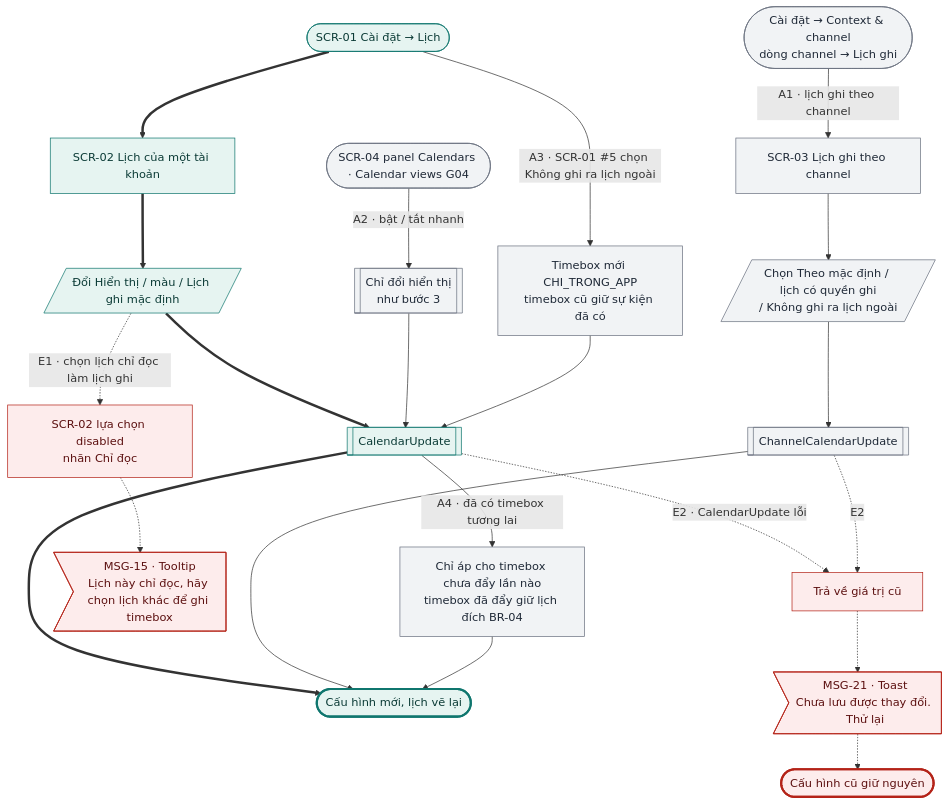
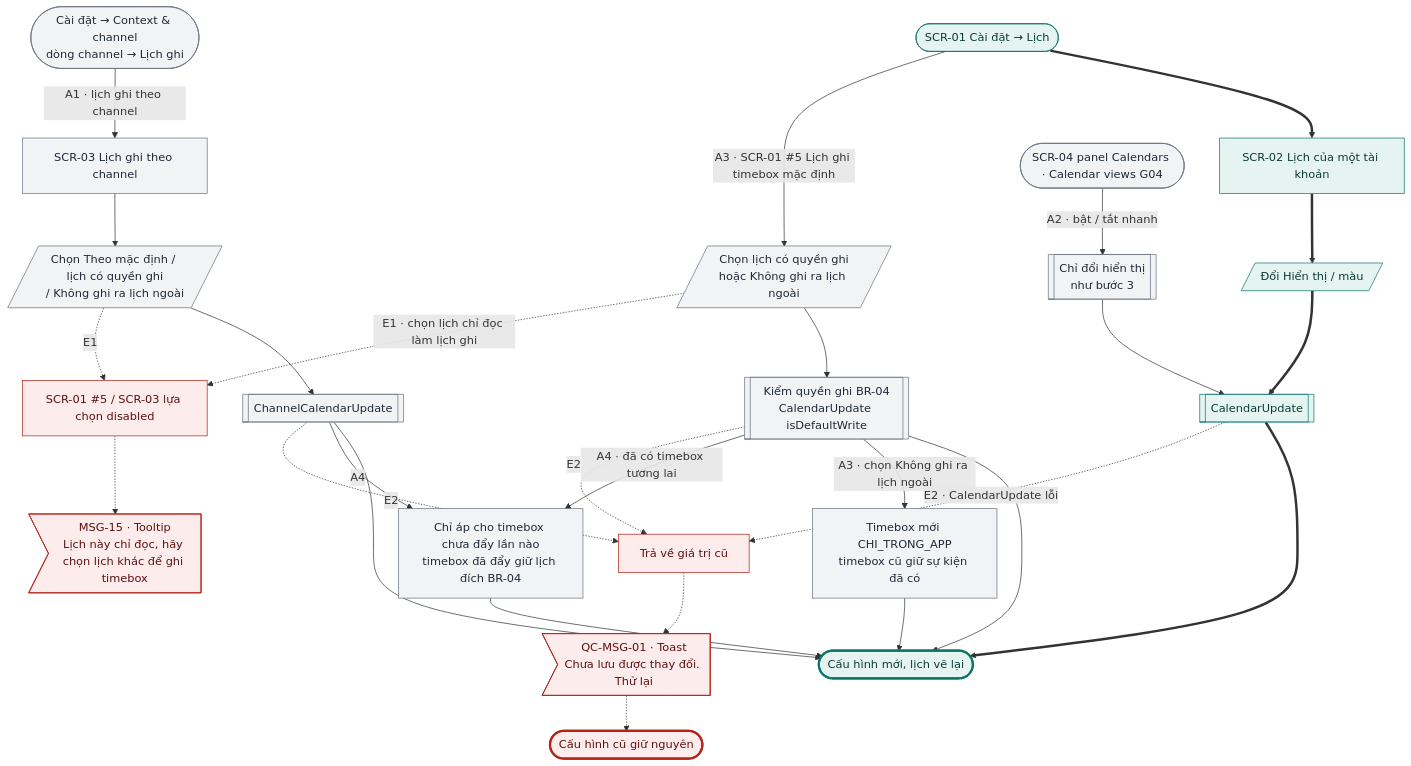
The fourth of 22 diagrams in docs/design-brief/flow/g05-lich-timebox.md (tannguyenho/personal-app), drawn with Mermaid before and after one commit. The commit also changed other lines of this file and 7 other files, not shown here.

First line of the commit message:
docs(G05, G07): áp quyết định PO 09/11 vào SRS, PRD, flow; QC-10, IA khay

````diff
--- a/docs/design-brief/flow/g05-lich-timebox.md
+++ b/docs/design-brief/flow/g05-lich-timebox.md
@@ -161,42 +161,48 @@
 ```mermaid
 flowchart TD
   start(["SCR-01 Cài đặt → Lịch"])
   s1["SCR-02 Lịch của một tài khoản"]
-  u2[/"Đổi Hiển thị / màu / Lịch ghi mặc định"/]
+  u2[/"Đổi Hiển thị / màu"/]
   p1[["CalendarUpdate"]]
   ok(["Cấu hình mới, lịch vẽ lại"])
   start ==> s1 ==> u2 ==> p1 ==> ok
 
   start1(["Cài đặt → Context & channel<br/>dòng channel → Lịch ghi"]) -->|"A1 · lịch ghi theo channel"| a1["SCR-03 Lịch ghi theo channel"]
   a1 --> a1u[/"Chọn Theo mặc định / lịch có quyền ghi<br/>/ Không ghi ra lịch ngoài"/]
   a1u --> a1p[["ChannelCalendarUpdate"]]
   a1p --> ok
   start2(["SCR-04 panel Calendars · Calendar views G04"]) -->|"A2 · bật / tắt nhanh"| a2[["Chỉ đổi hiển thị<br/>như bước 3"]]
   a2 --> p1
-  start -->|"A3 · SCR-01 #5 chọn Không ghi ra lịch ngoài"| a3["Timebox mới CHI_TRONG_APP<br/>timebox cũ giữ sự kiện đã có"]
-  a3 --> p1
-  p1 -->|"A4 · đã có timebox tương lai"| a4["Chỉ áp cho timebox chưa đẩy lần nào<br/>timebox đã đẩy giữ lịch đích BR-04"]
+  start -->|"A3 · SCR-01 #5 Lịch ghi timebox mặc định"| a3u[/"Chọn lịch có quyền ghi<br/>hoặc Không ghi ra lịch ngoài"/]
+  a3u --> a3p[["Kiểm quyền ghi BR-04<br/>CalendarUpdate isDefaultWrite"]]
+  a3p --> ok
+  a3p -->|"A3 · chọn Không ghi ra lịch ngoài"| a3["Timebox mới CHI_TRONG_APP<br/>timebox cũ giữ sự kiện đã có"]
+  a3 --> ok
+  a3p -->|"A4 · đã có timebox tương lai"| a4["Chỉ áp cho timebox chưa đẩy lần nào<br/>timebox đã đẩy giữ lịch đích BR-04"]
+  a1p -->|"A4"| a4
   a4 --> ok
 
-  u2 -.->|"E1 · chọn lịch chỉ đọc làm lịch ghi"| e1["SCR-02 lựa chọn disabled<br/>nhãn Chỉ đọc"]
+  a3u -.->|"E1 · chọn lịch chỉ đọc làm lịch ghi"| e1["SCR-01 #5 / SCR-03 lựa chọn disabled"]
+  a1u -.->|"E1"| e1
   e1 -.-> e1m>"MSG-15 · Tooltip<br/>Lịch này chỉ đọc, hãy chọn lịch khác để ghi timebox"]
   p1 -.->|"E2 · CalendarUpdate lỗi"| e2["Trả về giá trị cũ"]
   a1p -.->|"E2"| e2
-  e2 -.-> e2m>"MSG-21 · Toast<br/>Chưa lưu được thay đổi. Thử lại"]
+  a3p -.->|"E2"| e2
+  e2 -.-> e2m>"QC-MSG-01 · Toast<br/>Chưa lưu được thay đổi. Thử lại"]
   e2m -.-> fail(["Cấu hình cũ giữ nguyên"])
 
   class start,s1,u2,p1 happy
-  class start1,a1,a1u,a1p,start2,a2,a3,a4 alt
+  class start1,a1,a1u,a1p,start2,a2,a3u,a3p,a3,a4 alt
   class e1,e1m,e2,e2m err
   class ok done
   class fail fail
   classDef happy fill:#E6F4F1,stroke:#0F766E,color:#0B3B36
   classDef alt fill:#F1F3F5,stroke:#6B7280,color:#1F2937
   classDef err fill:#FDECEC,stroke:#B42318,color:#5C1010
   classDef warn fill:#FEF4E2,stroke:#B45309,color:#4A2604
   classDef ai fill:#F1ECFD,stroke:#6D28D9,color:#2E1065
   classDef sync fill:#FFFFFF,stroke:#6B7280,stroke-dasharray:4 3,color:#1F2937
   classDef link fill:#FFFFFF,stroke:#0F766E,stroke-dasharray:4 3,color:#0B3B36
   classDef done fill:#E6F4F1,stroke:#0F766E,stroke-width:3px,color:#0B3B36
   classDef fail fill:#FDECEC,stroke:#B42318,stroke-width:3px,color:#5C1010
 ```
````
